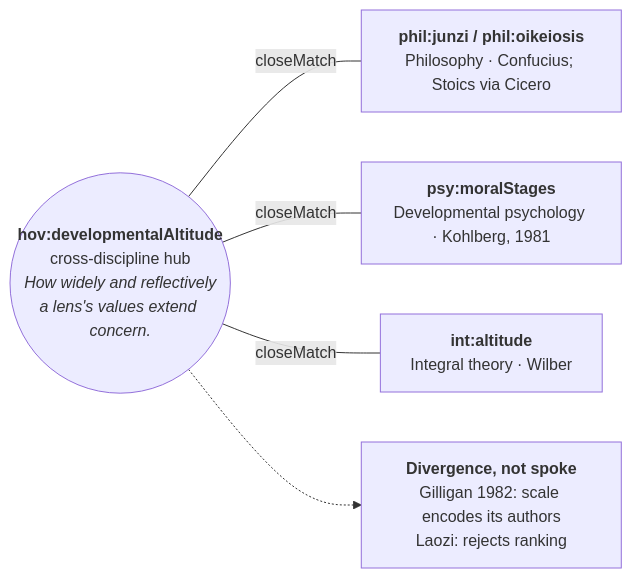
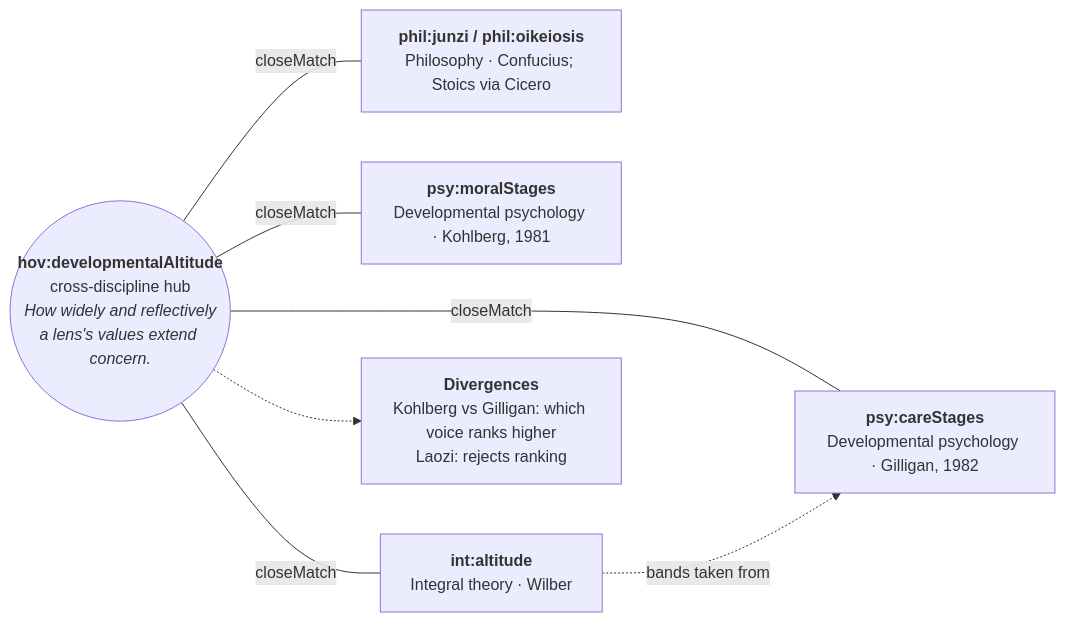
One commit to JackSpivak/ObsidianVault01_AI_Harm_Book changed the third of 3 diagrams in 02_Ideas Topics Concepts/Harm Ontology/Vocabulary Crosswalk - Concept Hubs and Discipline Schemes.md. Above: the diagram before and after it, drawn with Mermaid. The commit also changed other lines of this file and 1 other file, not shown here.

````diff
--- a/02_Ideas Topics Concepts/Harm Ontology/Vocabulary Crosswalk - Concept Hubs and Discipline Schemes.md
+++ b/02_Ideas Topics Concepts/Harm Ontology/Vocabulary Crosswalk - Concept Hubs and Discipline Schemes.md
@@ -200,12 +200,15 @@
 ```mermaid
 graph LR
     HUB(("<b>hov:developmentalAltitude</b><br/>cross-discipline hub<br/><i>How widely and reflectively<br/>a lens's values extend concern.</i>"))
     PH["<b>phil:junzi / phil:oikeiosis</b><br/>Philosophy · Confucius; Stoics via Cicero"]
     PS["<b>psy:moralStages</b><br/>Developmental psychology · Kohlberg, 1981"]
+    GI["<b>psy:careStages</b><br/>Developmental psychology · Gilligan, 1982"]
     IN["<b>int:altitude</b><br/>Integral theory · Wilber"]
     HUB ---|closeMatch| PH
     HUB ---|closeMatch| PS
+    HUB ---|closeMatch| GI
     HUB ---|closeMatch| IN
-    G["<b>Divergence, not spoke</b><br/>Gilligan 1982: scale encodes its authors<br/>Laozi: rejects ranking"]
+    IN -. "bands taken from" .-> GI
+    G["<b>Divergences</b><br/>Kohlberg vs Gilligan: which voice ranks higher<br/>Laozi: rejects ranking"]
     HUB -.-> G
 ```
````
